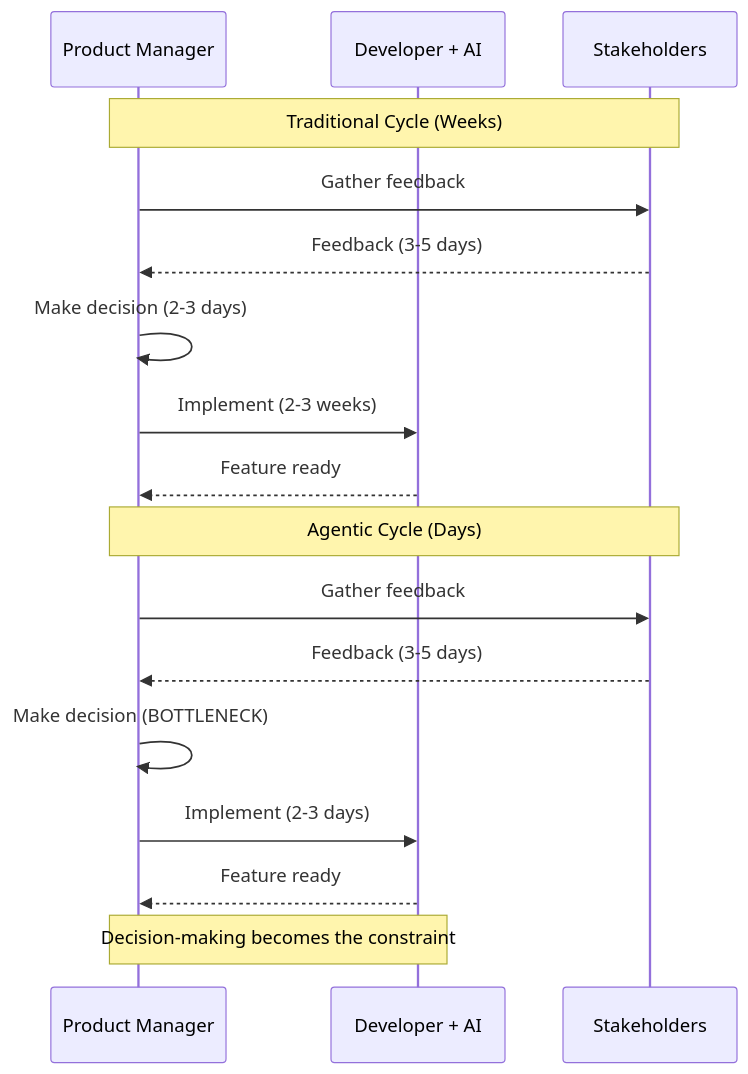
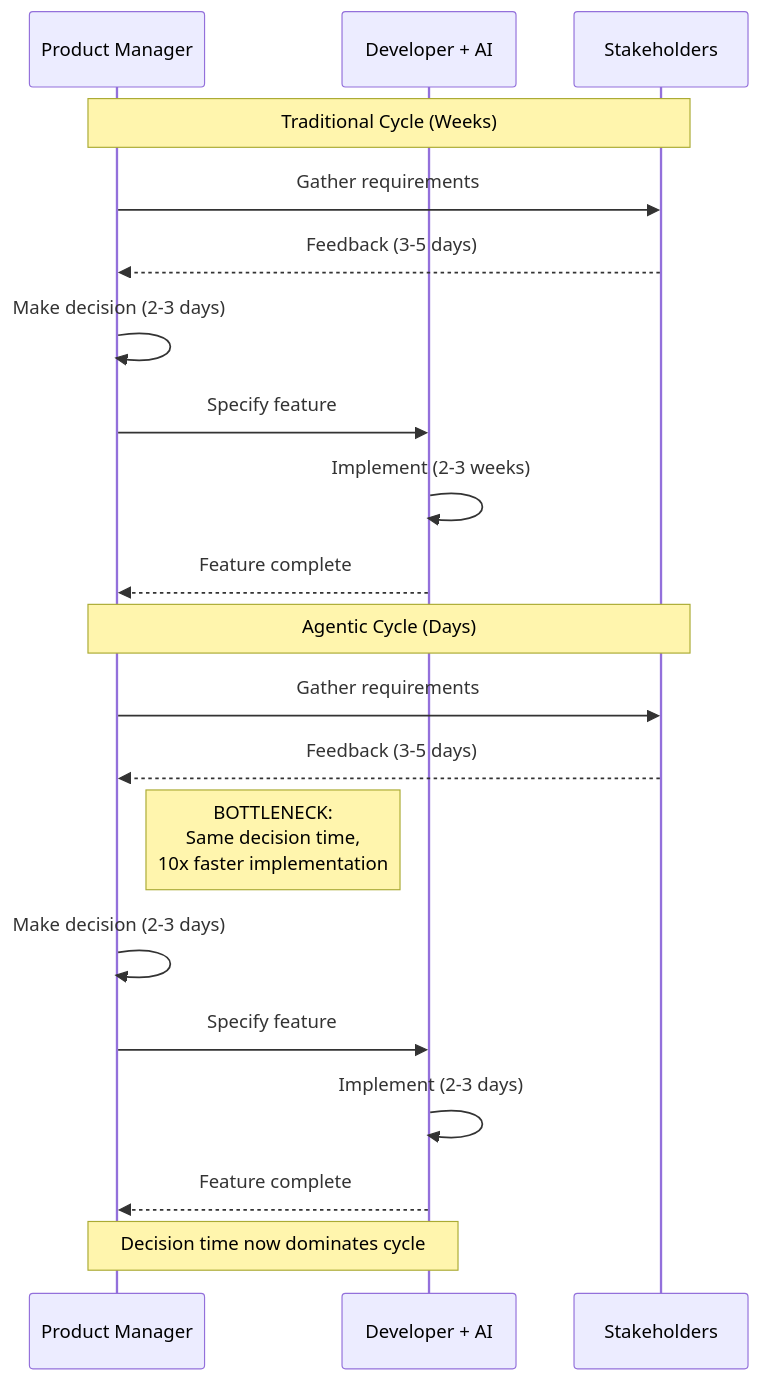
One commit to testaco/agentic-coding-book changed the diagram in book/part1-foundations/05-new-bottlenecks/04-bottleneck-2-product-decision-making.md. Above: the diagram before and after it, drawn with Mermaid. The commit also changed other lines of this file and 3 other files, not shown here.

````diff
--- a/book/part1-foundations/05-new-bottlenecks/04-bottleneck-2-product-decision-making.md
+++ b/book/part1-foundations/05-new-bottlenecks/04-bottleneck-2-product-decision-making.md
@@ -86,22 +100,25 @@
 ```mermaid
 sequenceDiagram
     participant PM as Product Manager
     participant Dev as Developer + AI
-    participant Stakeholder as Stakeholders
+    participant Stakeholders
 
-    Note over PM,Stakeholder: Traditional Cycle (Weeks)
-    PM->>Stakeholder: Gather feedback
-    Stakeholder-->>PM: Feedback (3-5 days)
+    Note over PM,Stakeholders: Traditional Cycle (Weeks)
+    PM->>Stakeholders: Gather requirements
+    Stakeholders-->>PM: Feedback (3-5 days)
     PM->>PM: Make decision (2-3 days)
-    PM->>Dev: Implement (2-3 weeks)
-    Dev-->>PM: Feature ready
+    PM->>Dev: Specify feature
+    Dev->>Dev: Implement (2-3 weeks)
+    Dev-->>PM: Feature complete
 
-    Note over PM,Stakeholder: Agentic Cycle (Days)
-    PM->>Stakeholder: Gather feedback
-    Stakeholder-->>PM: Feedback (3-5 days)
-    PM->>PM: Make decision (BOTTLENECK)
-    PM->>Dev: Implement (2-3 days)
-    Dev-->>PM: Feature ready
+    Note over PM,Stakeholders: Agentic Cycle (Days)
+    PM->>Stakeholders: Gather requirements
+    Stakeholders-->>PM: Feedback (3-5 days)
+    Note right of PM: BOTTLENECK:<br/>Same decision time,<br/>10x faster implementation
+    PM->>PM: Make decision (2-3 days)
+    PM->>Dev: Specify feature
+    Dev->>Dev: Implement (2-3 days)
+    Dev-->>PM: Feature complete
 
-    Note over PM,Dev: Decision-making becomes the constraint
+    Note over PM,Dev: Decision time now dominates cycle
 ```
````
